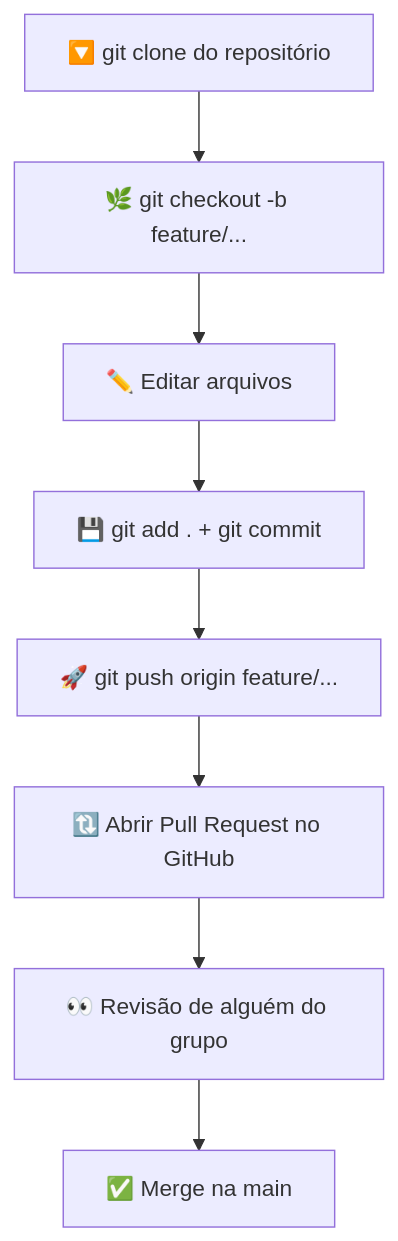
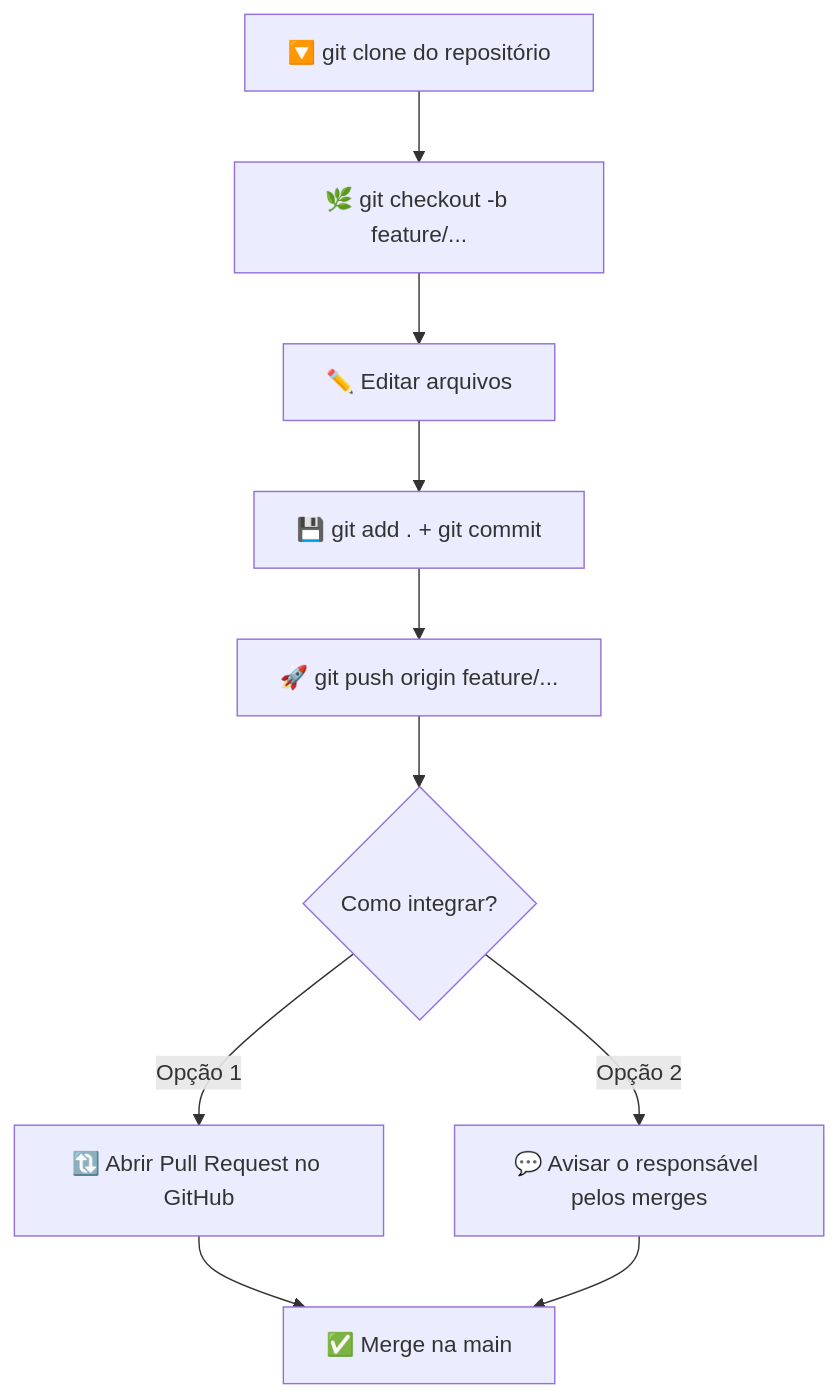
One commit to VitorRoss1/prismacursos-landingpage changed the diagram in README.md. Above: the diagram before and after it, drawn with Mermaid. The commit also changed other lines of this file, not shown here.

````diff
--- a/README.md
+++ b/README.md
@@ -105,10 +105,12 @@
 ```mermaid
 graph TD
     A["🔽 git clone do repositório"] --> B["🌿 git checkout -b feature/..."]
     B --> C["✏️ Editar arquivos"]
     C --> D["💾 git add . + git commit"]
     D --> E["🚀 git push origin feature/..."]
-    E --> F["🔃 Abrir Pull Request no GitHub"]
-    F --> G["👀 Revisão de alguém do grupo"]
-    G --> H["✅ Merge na main"]
+    E --> F{"Como integrar?"}
+    F -->|"Opção 1"| G["🔃 Abrir Pull Request no GitHub"]
+    F -->|"Opção 2"| H["💬 Avisar o responsável pelos merges"]
+    G --> I["✅ Merge na main"]
+    H --> I
 ```
````
